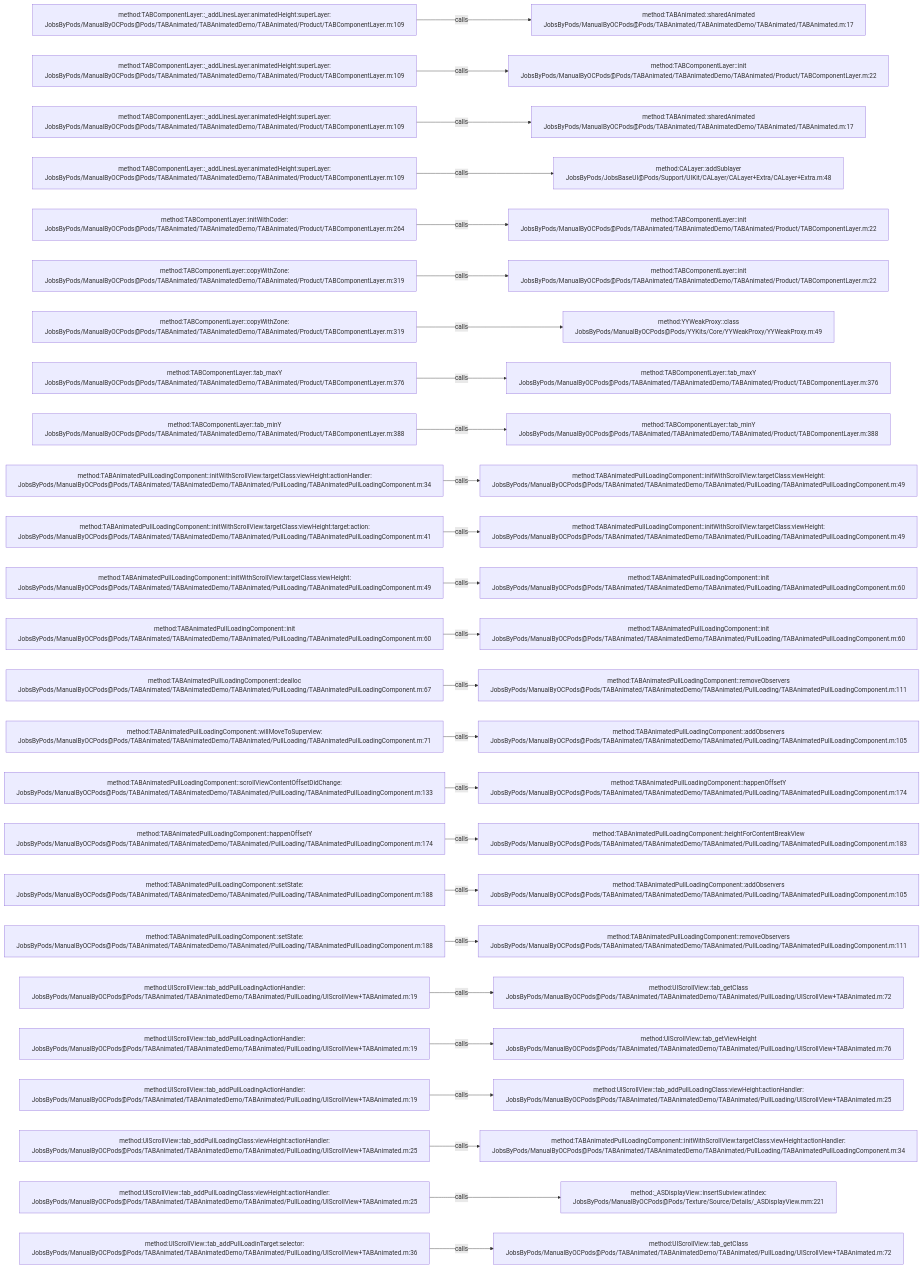
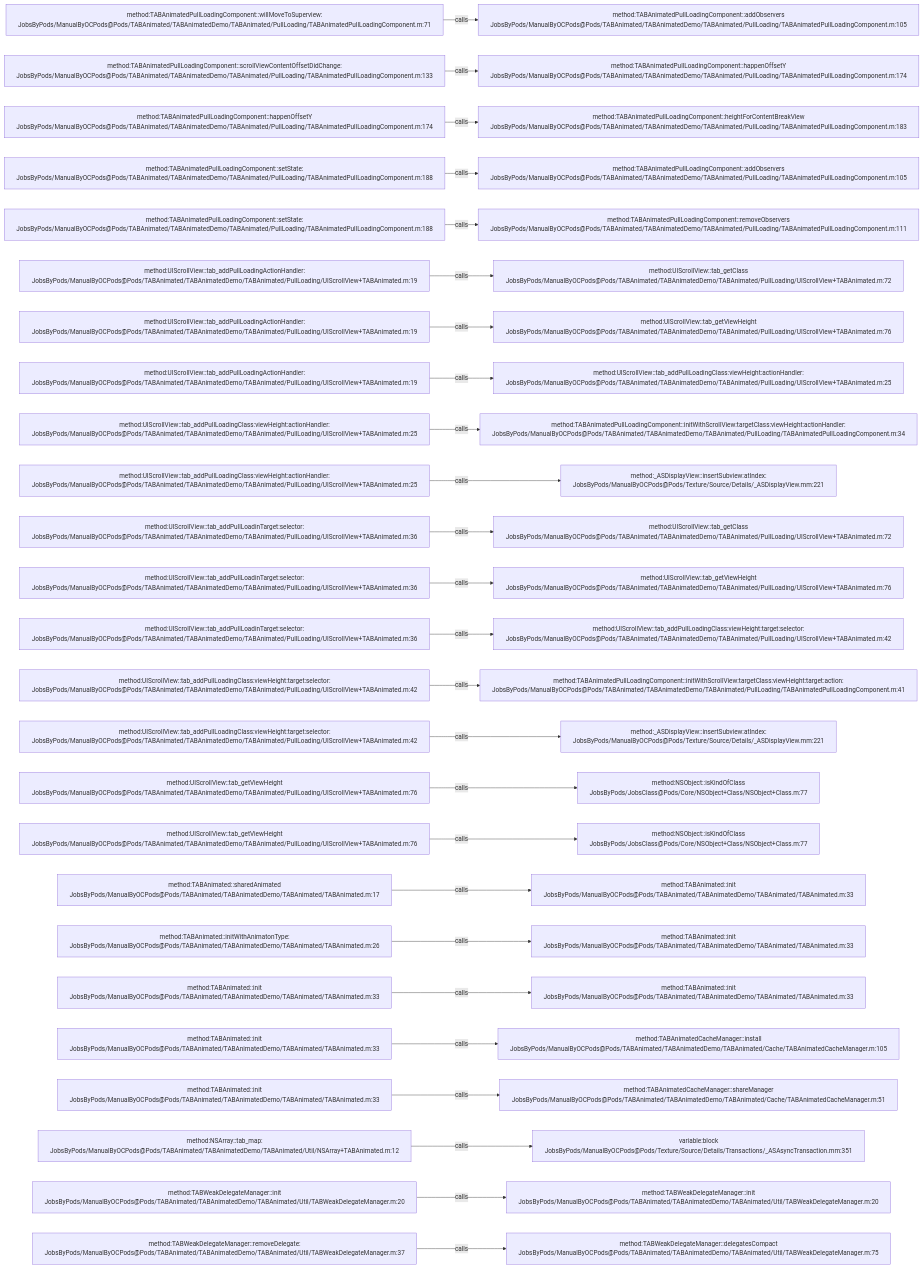
Before and after one commit to JobsKits/JobsOCBaseConfigDemo: the diagram in .codegraph/codegraph.md/graphs/calls-040.md, drawn with Mermaid. The commit also changed 296 other files, not shown here.

````diff
--- a/.codegraph/codegraph.md/graphs/calls-040.md
+++ b/.codegraph/codegraph.md/graphs/calls-040.md
@@ -13,78 +13,78 @@
 ```mermaid
 flowchart LR
-  S1["method:TABComponentLayer::_addLinesLayer:animatedHeight:superLayer:<br/>JobsByPods/ManualByOCPods@Pods/TABAnimated/TABAnimatedDemo/TABAnimated/Product/TABComponentLayer.m:109"]
-  T1["method:TABAnimated::sharedAnimated<br/>JobsByPods/ManualByOCPods@Pods/TABAnimated/TABAnimatedDemo/TABAnimated/TABAnimated.m:17"]
+  S1["method:TABAnimatedPullLoadingComponent::willMoveToSuperview:<br/>JobsByPods/ManualByOCPods@Pods/TABAnimated/TABAnimatedDemo/TABAnimated/PullLoading/TABAnimatedPullLoadingComponent.m:71"]
+  T1["method:TABAnimatedPullLoadingComponent::addObservers<br/>JobsByPods/ManualByOCPods@Pods/TABAnimated/TABAnimatedDemo/TABAnimated/PullLoading/TABAnimatedPullLoadingComponent.m:105"]
   S1 -->|calls| T1
-  S2["method:TABComponentLayer::_addLinesLayer:animatedHeight:superLayer:<br/>JobsByPods/ManualByOCPods@Pods/TABAnimated/TABAnimatedDemo/TABAnimated/Product/TABComponentLayer.m:109"]
-  T2["method:TABComponentLayer::init<br/>JobsByPods/ManualByOCPods@Pods/TABAnimated/TABAnimatedDemo/TABAnimated/Product/TABComponentLayer.m:22"]
+  S2["method:TABAnimatedPullLoadingComponent::scrollViewContentOffsetDidChange:<br/>JobsByPods/ManualByOCPods@Pods/TABAnimated/TABAnimatedDemo/TABAnimated/PullLoading/TABAnimatedPullLoadingComponent.m:133"]
+  T2["method:TABAnimatedPullLoadingComponent::happenOffsetY<br/>JobsByPods/ManualByOCPods@Pods/TABAnimated/TABAnimatedDemo/TABAnimated/PullLoading/TABAnimatedPullLoadingComponent.m:174"]
   S2 -->|calls| T2
-  S3["method:TABComponentLayer::_addLinesLayer:animatedHeight:superLayer:<br/>JobsByPods/ManualByOCPods@Pods/TABAnimated/TABAnimatedDemo/TABAnimated/Product/TABComponentLayer.m:109"]
-  T3["method:TABAnimated::sharedAnimated<br/>JobsByPods/ManualByOCPods@Pods/TABAnimated/TABAnimatedDemo/TABAnimated/TABAnimated.m:17"]
+  S3["method:TABAnimatedPullLoadingComponent::happenOffsetY<br/>JobsByPods/ManualByOCPods@Pods/TABAnimated/TABAnimatedDemo/TABAnimated/PullLoading/TABAnimatedPullLoadingComponent.m:174"]
+  T3["method:TABAnimatedPullLoadingComponent::heightForContentBreakView<br/>JobsByPods/ManualByOCPods@Pods/TABAnimated/TABAnimatedDemo/TABAnimated/PullLoading/TABAnimatedPullLoadingComponent.m:183"]
   S3 -->|calls| T3
-  S4["method:TABComponentLayer::_addLinesLayer:animatedHeight:superLayer:<br/>JobsByPods/ManualByOCPods@Pods/TABAnimated/TABAnimatedDemo/TABAnimated/Product/TABComponentLayer.m:109"]
-  T4["method:CALayer::addSublayer<br/>JobsByPods/JobsBaseUI@Pods/Support/UIKit/CALayer/CALayer+Extra/CALayer+Extra.m:48"]
+  S4["method:TABAnimatedPullLoadingComponent::setState:<br/>JobsByPods/ManualByOCPods@Pods/TABAnimated/TABAnimatedDemo/TABAnimated/PullLoading/TABAnimatedPullLoadingComponent.m:188"]
+  T4["method:TABAnimatedPullLoadingComponent::addObservers<br/>JobsByPods/ManualByOCPods@Pods/TABAnimated/TABAnimatedDemo/TABAnimated/PullLoading/TABAnimatedPullLoadingComponent.m:105"]
   S4 -->|calls| T4
-  S5["method:TABComponentLayer::initWithCoder:<br/>JobsByPods/ManualByOCPods@Pods/TABAnimated/TABAnimatedDemo/TABAnimated/Product/TABComponentLayer.m:264"]
-  T5["method:TABComponentLayer::init<br/>JobsByPods/ManualByOCPods@Pods/TABAnimated/TABAnimatedDemo/TABAnimated/Product/TABComponentLayer.m:22"]
+  S5["method:TABAnimatedPullLoadingComponent::setState:<br/>JobsByPods/ManualByOCPods@Pods/TABAnimated/TABAnimatedDemo/TABAnimated/PullLoading/TABAnimatedPullLoadingComponent.m:188"]
+  T5["method:TABAnimatedPullLoadingComponent::removeObservers<br/>JobsByPods/ManualByOCPods@Pods/TABAnimated/TABAnimatedDemo/TABAnimated/PullLoading/TABAnimatedPullLoadingComponent.m:111"]
   S5 -->|calls| T5
-  S6["method:TABComponentLayer::copyWithZone:<br/>JobsByPods/ManualByOCPods@Pods/TABAnimated/TABAnimatedDemo/TABAnimated/Product/TABComponentLayer.m:319"]
-  T6["method:TABComponentLayer::init<br/>JobsByPods/ManualByOCPods@Pods/TABAnimated/TABAnimatedDemo/TABAnimated/Product/TABComponentLayer.m:22"]
+  S6["method:UIScrollView::tab_addPullLoadingActionHandler:<br/>JobsByPods/ManualByOCPods@Pods/TABAnimated/TABAnimatedDemo/TABAnimated/PullLoading/UIScrollView+TABAnimated.m:19"]
+  T6["method:UIScrollView::tab_getClass<br/>JobsByPods/ManualByOCPods@Pods/TABAnimated/TABAnimatedDemo/TABAnimated/PullLoading/UIScrollView+TABAnimated.m:72"]
   S6 -->|calls| T6
-  S7["method:TABComponentLayer::copyWithZone:<br/>JobsByPods/ManualByOCPods@Pods/TABAnimated/TABAnimatedDemo/TABAnimated/Product/TABComponentLayer.m:319"]
-  T7["method:YYWeakProxy::class<br/>JobsByPods/ManualByOCPods@Pods/YYKits/Core/YYWeakProxy/YYWeakProxy.m:49"]
+  S7["method:UIScrollView::tab_addPullLoadingActionHandler:<br/>JobsByPods/ManualByOCPods@Pods/TABAnimated/TABAnimatedDemo/TABAnimated/PullLoading/UIScrollView+TABAnimated.m:19"]
+  T7["method:UIScrollView::tab_getViewHeight<br/>JobsByPods/ManualByOCPods@Pods/TABAnimated/TABAnimatedDemo/TABAnimated/PullLoading/UIScrollView+TABAnimated.m:76"]
   S7 -->|calls| T7
-  S8["method:TABComponentLayer::tab_maxY<br/>JobsByPods/ManualByOCPods@Pods/TABAnimated/TABAnimatedDemo/TABAnimated/Product/TABComponentLayer.m:376"]
-  T8["method:TABComponentLayer::tab_maxY<br/>JobsByPods/ManualByOCPods@Pods/TABAnimated/TABAnimatedDemo/TABAnimated/Product/TABComponentLayer.m:376"]
+  S8["method:UIScrollView::tab_addPullLoadingActionHandler:<br/>JobsByPods/ManualByOCPods@Pods/TABAnimated/TABAnimatedDemo/TABAnimated/PullLoading/UIScrollView+TABAnimated.m:19"]
+  T8["method:UIScrollView::tab_addPullLoadingClass:viewHeight:actionHandler:<br/>JobsByPods/ManualByOCPods@Pods/TABAnimated/TABAnimatedDemo/TABAnimated/PullLoading/UIScrollView+TABAnimated.m:25"]
   S8 -->|calls| T8
-  S9["method:TABComponentLayer::tab_minY<br/>JobsByPods/ManualByOCPods@Pods/TABAnimated/TABAnimatedDemo/TABAnimated/Product/TABComponentLayer.m:388"]
-  T9["method:TABComponentLayer::tab_minY<br/>JobsByPods/ManualByOCPods@Pods/TABAnimated/TABAnimatedDemo/TABAnimated/Product/TABComponentLayer.m:388"]
+  S9["method:UIScrollView::tab_addPullLoadingClass:viewHeight:actionHandler:<br/>JobsByPods/ManualByOCPods@Pods/TABAnimated/TABAnimatedDemo/TABAnimated/PullLoading/UIScrollView+TABAnimated.m:25"]
+  T9["method:TABAnimatedPullLoadingComponent::initWithScrollView:targetClass:viewHeight:actionHandler:<br/>JobsByPods/ManualByOCPods@Pods/TABAnimated/TABAnimatedDemo/TABAnimated/PullLoading/TABAnimatedPullLoadingComponent.m:34"]
   S9 -->|calls| T9
-  S10["method:TABAnimatedPullLoadingComponent::initWithScrollView:targetClass:viewHeight:actionHandler:<br/>JobsByPods/ManualByOCPods@Pods/TABAnimated/TABAnimatedDemo/TABAnimated/PullLoading/TABAnimatedPullLoadingComponent.m:34"]
-  T10["method:TABAnimatedPullLoadingComponent::initWithScrollView:targetClass:viewHeight:<br/>JobsByPods/ManualByOCPods@Pods/TABAnimated/TABAnimatedDemo/TABAnimated/PullLoading/TABAnimatedPullLoadingComponent.m:49"]
+  S10["method:UIScrollView::tab_addPullLoadingClass:viewHeight:actionHandler:<br/>JobsByPods/ManualByOCPods@Pods/TABAnimated/TABAnimatedDemo/TABAnimated/PullLoading/UIScrollView+TABAnimated.m:25"]
+  T10["method:_ASDisplayView::insertSubview:atIndex:<br/>JobsByPods/ManualByOCPods@Pods/Texture/Source/Details/_ASDisplayView.mm:221"]
   S10 -->|calls| T10
-  S11["method:TABAnimatedPullLoadingComponent::initWithScrollView:targetClass:viewHeight:target:action:<br/>JobsByPods/ManualByOCPods@Pods/TABAnimated/TABAnimatedDemo/TABAnimated/PullLoading/TABAnimatedPullLoadingComponent.m:41"]
-  T11["method:TABAnimatedPullLoadingComponent::initWithScrollView:targetClass:viewHeight:<br/>JobsByPods/ManualByOCPods@Pods/TABAnimated/TABAnimatedDemo/TABAnimated/PullLoading/TABAnimatedPullLoadingComponent.m:49"]
+  S11["method:UIScrollView::tab_addPullLoadinTarget:selector:<br/>JobsByPods/ManualByOCPods@Pods/TABAnimated/TABAnimatedDemo/TABAnimated/PullLoading/UIScrollView+TABAnimated.m:36"]
+  T11["method:UIScrollView::tab_getClass<br/>JobsByPods/ManualByOCPods@Pods/TABAnimated/TABAnimatedDemo/TABAnimated/PullLoading/UIScrollView+TABAnimated.m:72"]
   S11 -->|calls| T11
-  S12["method:TABAnimatedPullLoadingComponent::initWithScrollView:targetClass:viewHeight:<br/>JobsByPods/ManualByOCPods@Pods/TABAnimated/TABAnimatedDemo/TABAnimated/PullLoading/TABAnimatedPullLoadingComponent.m:49"]
-  T12["method:TABAnimatedPullLoadingComponent::init<br/>JobsByPods/ManualByOCPods@Pods/TABAnimated/TABAnimatedDemo/TABAnimated/PullLoading/TABAnimatedPullLoadingComponent.m:60"]
+  S12["method:UIScrollView::tab_addPullLoadinTarget:selector:<br/>JobsByPods/ManualByOCPods@Pods/TABAnimated/TABAnimatedDemo/TABAnimated/PullLoading/UIScrollView+TABAnimated.m:36"]
+  T12["method:UIScrollView::tab_getViewHeight<br/>JobsByPods/ManualByOCPods@Pods/TABAnimated/TABAnimatedDemo/TABAnimated/PullLoading/UIScrollView+TABAnimated.m:76"]
   S12 -->|calls| T12
-  S13["method:TABAnimatedPullLoadingComponent::init<br/>JobsByPods/ManualByOCPods@Pods/TABAnimated/TABAnimatedDemo/TABAnimated/PullLoading/TABAnimatedPullLoadingComponent.m:60"]
-  T13["method:TABAnimatedPullLoadingComponent::init<br/>JobsByPods/ManualByOCPods@Pods/TABAnimated/TABAnimatedDemo/TABAnimated/PullLoading/TABAnimatedPullLoadingComponent.m:60"]
+  S13["method:UIScrollView::tab_addPullLoadinTarget:selector:<br/>JobsByPods/ManualByOCPods@Pods/TABAnimated/TABAnimatedDemo/TABAnimated/PullLoading/UIScrollView+TABAnimated.m:36"]
+  T13["method:UIScrollView::tab_addPullLoadingClass:viewHeight:target:selector:<br/>JobsByPods/ManualByOCPods@Pods/TABAnimated/TABAnimatedDemo/TABAnimated/PullLoading/UIScrollView+TABAnimated.m:42"]
   S13 -->|calls| T13
-  S14["method:TABAnimatedPullLoadingComponent::dealloc<br/>JobsByPods/ManualByOCPods@Pods/TABAnimated/TABAnimatedDemo/TABAnimated/PullLoading/TABAnimatedPullLoadingComponent.m:67"]
-  T14["method:TABAnimatedPullLoadingComponent::removeObservers<br/>JobsByPods/ManualByOCPods@Pods/TABAnimated/TABAnimatedDemo/TABAnimated/PullLoading/TABAnimatedPullLoadingComponent.m:111"]
+  S14["method:UIScrollView::tab_addPullLoadingClass:viewHeight:target:selector:<br/>JobsByPods/ManualByOCPods@Pods/TABAnimated/TABAnimatedDemo/TABAnimated/PullLoading/UIScrollView+TABAnimated.m:42"]
+  T14["method:TABAnimatedPullLoadingComponent::initWithScrollView:targetClass:viewHeight:target:action:<br/>JobsByPods/ManualByOCPods@Pods/TABAnimated/TABAnimatedDemo/TABAnimated/PullLoading/TABAnimatedPullLoadingComponent.m:41"]
   S14 -->|calls| T14
-  S15["method:TABAnimatedPullLoadingComponent::willMoveToSuperview:<br/>JobsByPods/ManualByOCPods@Pods/TABAnimated/TABAnimatedDemo/TABAnimated/PullLoading/TABAnimatedPullLoadingComponent.m:71"]
-  T15["method:TABAnimatedPullLoadingComponent::addObservers<br/>JobsByPods/ManualByOCPods@Pods/TABAnimated/TABAnimatedDemo/TABAnimated/PullLoading/TABAnimatedPullLoadingComponent.m:105"]
+  S15["method:UIScrollView::tab_addPullLoadingClass:viewHeight:target:selector:<br/>JobsByPods/ManualByOCPods@Pods/TABAnimated/TABAnimatedDemo/TABAnimated/PullLoading/UIScrollView+TABAnimated.m:42"]
+  T15["method:_ASDisplayView::insertSubview:atIndex:<br/>JobsByPods/ManualByOCPods@Pods/Texture/Source/Details/_ASDisplayView.mm:221"]
   S15 -->|calls| T15
-  S16["method:TABAnimatedPullLoadingComponent::scrollViewContentOffsetDidChange:<br/>JobsByPods/ManualByOCPods@Pods/TABAnimated/TABAnimatedDemo/TABAnimated/PullLoading/TABAnimatedPullLoadingComponent.m:133"]
-  T16["method:TABAnimatedPullLoadingComponent::happenOffsetY<br/>JobsByPods/ManualByOCPods@Pods/TABAnimated/TABAnimatedDemo/TABAnimated/PullLoading/TABAnimatedPullLoadingComponent.m:174"]
+  S16["method:UIScrollView::tab_getViewHeight<br/>JobsByPods/ManualByOCPods@Pods/TABAnimated/TABAnimatedDemo/TABAnimated/PullLoading/UIScrollView+TABAnimated.m:76"]
+  T16["method:NSObject::isKindOfClass<br/>JobsByPods/JobsClass@Pods/Core/NSObject+Class/NSObject+Class.m:77"]
   S16 -->|calls| T16
-  S17["method:TABAnimatedPullLoadingComponent::happenOffsetY<br/>JobsByPods/ManualByOCPods@Pods/TABAnimated/TABAnimatedDemo/TABAnimated/PullLoading/TABAnimatedPullLoadingComponent.m:174"]
-  T17["method:TABAnimatedPullLoadingComponent::heightForContentBreakView<br/>JobsByPods/ManualByOCPods@Pods/TABAnimated/TABAnimatedDemo/TABAnimated/PullLoading/TABAnimatedPullLoadingComponent.m:183"]
+  S17["method:UIScrollView::tab_getViewHeight<br/>JobsByPods/ManualByOCPods@Pods/TABAnimated/TABAnimatedDemo/TABAnimated/PullLoading/UIScrollView+TABAnimated.m:76"]
+  T17["method:NSObject::isKindOfClass<br/>JobsByPods/JobsClass@Pods/Core/NSObject+Class/NSObject+Class.m:77"]
   S17 -->|calls| T17
-  S18["method:TABAnimatedPullLoadingComponent::setState:<br/>JobsByPods/ManualByOCPods@Pods/TABAnimated/TABAnimatedDemo/TABAnimated/PullLoading/TABAnimatedPullLoadingComponent.m:188"]
-  T18["method:TABAnimatedPullLoadingComponent::addObservers<br/>JobsByPods/ManualByOCPods@Pods/TABAnimated/TABAnimatedDemo/TABAnimated/PullLoading/TABAnimatedPullLoadingComponent.m:105"]
+  S18["method:TABAnimated::sharedAnimated<br/>JobsByPods/ManualByOCPods@Pods/TABAnimated/TABAnimatedDemo/TABAnimated/TABAnimated.m:17"]
+  T18["method:TABAnimated::init<br/>JobsByPods/ManualByOCPods@Pods/TABAnimated/TABAnimatedDemo/TABAnimated/TABAnimated.m:33"]
   S18 -->|calls| T18
-  S19["method:TABAnimatedPullLoadingComponent::setState:<br/>JobsByPods/ManualByOCPods@Pods/TABAnimated/TABAnimatedDemo/TABAnimated/PullLoading/TABAnimatedPullLoadingComponent.m:188"]
-  T19["method:TABAnimatedPullLoadingComponent::removeObservers<br/>JobsByPods/ManualByOCPods@Pods/TABAnimated/TABAnimatedDemo/TABAnimated/PullLoading/TABAnimatedPullLoadingComponent.m:111"]
+  S19["method:TABAnimated::initWithAnimatonType:<br/>JobsByPods/ManualByOCPods@Pods/TABAnimated/TABAnimatedDemo/TABAnimated/TABAnimated.m:26"]
+  T19["method:TABAnimated::init<br/>JobsByPods/ManualByOCPods@Pods/TABAnimated/TABAnimatedDemo/TABAnimated/TABAnimated.m:33"]
   S19 -->|calls| T19
-  S20["method:UIScrollView::tab_addPullLoadingActionHandler:<br/>JobsByPods/ManualByOCPods@Pods/TABAnimated/TABAnimatedDemo/TABAnimated/PullLoading/UIScrollView+TABAnimated.m:19"]
-  T20["method:UIScrollView::tab_getClass<br/>JobsByPods/ManualByOCPods@Pods/TABAnimated/TABAnimatedDemo/TABAnimated/PullLoading/UIScrollView+TABAnimated.m:72"]
+  S20["method:TABAnimated::init<br/>JobsByPods/ManualByOCPods@Pods/TABAnimated/TABAnimatedDemo/TABAnimated/TABAnimated.m:33"]
+  T20["method:TABAnimated::init<br/>JobsByPods/ManualByOCPods@Pods/TABAnimated/TABAnimatedDemo/TABAnimated/TABAnimated.m:33"]
   S20 -->|calls| T20
-  S21["method:UIScrollView::tab_addPullLoadingActionHandler:<br/>JobsByPods/ManualByOCPods@Pods/TABAnimated/TABAnimatedDemo/TABAnimated/PullLoading/UIScrollView+TABAnimated.m:19"]
-  T21["method:UIScrollView::tab_getViewHeight<br/>JobsByPods/ManualByOCPods@Pods/TABAnimated/TABAnimatedDemo/TABAnimated/PullLoading/UIScrollView+TABAnimated.m:76"]
+  S21["method:TABAnimated::init<br/>JobsByPods/ManualByOCPods@Pods/TABAnimated/TABAnimatedDemo/TABAnimated/TABAnimated.m:33"]
+  T21["method:TABAnimatedCacheManager::install<br/>JobsByPods/ManualByOCPods@Pods/TABAnimated/TABAnimatedDemo/TABAnimated/Cache/TABAnimatedCacheManager.m:105"]
   S21 -->|calls| T21
-  S22["method:UIScrollView::tab_addPullLoadingActionHandler:<br/>JobsByPods/ManualByOCPods@Pods/TABAnimated/TABAnimatedDemo/TABAnimated/PullLoading/UIScrollView+TABAnimated.m:19"]
-  T22["method:UIScrollView::tab_addPullLoadingClass:viewHeight:actionHandler:<br/>JobsByPods/ManualByOCPods@Pods/TABAnimated/TABAnimatedDemo/TABAnimated/PullLoading/UIScrollView+TABAnimated.m:25"]
+  S22["method:TABAnimated::init<br/>JobsByPods/ManualByOCPods@Pods/TABAnimated/TABAnimatedDemo/TABAnimated/TABAnimated.m:33"]
+  T22["method:TABAnimatedCacheManager::shareManager<br/>JobsByPods/ManualByOCPods@Pods/TABAnimated/TABAnimatedDemo/TABAnimated/Cache/TABAnimatedCacheManager.m:51"]
   S22 -->|calls| T22
-  S23["method:UIScrollView::tab_addPullLoadingClass:viewHeight:actionHandler:<br/>JobsByPods/ManualByOCPods@Pods/TABAnimated/TABAnimatedDemo/TABAnimated/PullLoading/UIScrollView+TABAnimated.m:25"]
-  T23["method:TABAnimatedPullLoadingComponent::initWithScrollView:targetClass:viewHeight:actionHandler:<br/>JobsByPods/ManualByOCPods@Pods/TABAnimated/TABAnimatedDemo/TABAnimated/PullLoading/TABAnimatedPullLoadingComponent.m:34"]
+  S23["method:NSArray::tab_map:<br/>JobsByPods/ManualByOCPods@Pods/TABAnimated/TABAnimatedDemo/TABAnimated/Util/NSArray+TABAnimated.m:12"]
+  T23["variable:block<br/>JobsByPods/ManualByOCPods@Pods/Texture/Source/Details/Transactions/_ASAsyncTransaction.mm:351"]
   S23 -->|calls| T23
-  S24["method:UIScrollView::tab_addPullLoadingClass:viewHeight:actionHandler:<br/>JobsByPods/ManualByOCPods@Pods/TABAnimated/TABAnimatedDemo/TABAnimated/PullLoading/UIScrollView+TABAnimated.m:25"]
-  T24["method:_ASDisplayView::insertSubview:atIndex:<br/>JobsByPods/ManualByOCPods@Pods/Texture/Source/Details/_ASDisplayView.mm:221"]
+  S24["method:TABWeakDelegateManager::init<br/>JobsByPods/ManualByOCPods@Pods/TABAnimated/TABAnimatedDemo/TABAnimated/Util/TABWeakDelegateManager.m:20"]
+  T24["method:TABWeakDelegateManager::init<br/>JobsByPods/ManualByOCPods@Pods/TABAnimated/TABAnimatedDemo/TABAnimated/Util/TABWeakDelegateManager.m:20"]
   S24 -->|calls| T24
-  S25["method:UIScrollView::tab_addPullLoadinTarget:selector:<br/>JobsByPods/ManualByOCPods@Pods/TABAnimated/TABAnimatedDemo/TABAnimated/PullLoading/UIScrollView+TABAnimated.m:36"]
-  T25["method:UIScrollView::tab_getClass<br/>JobsByPods/ManualByOCPods@Pods/TABAnimated/TABAnimatedDemo/TABAnimated/PullLoading/UIScrollView+TABAnimated.m:72"]
+  S25["method:TABWeakDelegateManager::removeDelegate:<br/>JobsByPods/ManualByOCPods@Pods/TABAnimated/TABAnimatedDemo/TABAnimated/Util/TABWeakDelegateManager.m:37"]
+  T25["method:TABWeakDelegateManager::delegatesCompact<br/>JobsByPods/ManualByOCPods@Pods/TABAnimated/TABAnimatedDemo/TABAnimated/Util/TABWeakDelegateManager.m:75"]
   S25 -->|calls| T25
 ```
````
